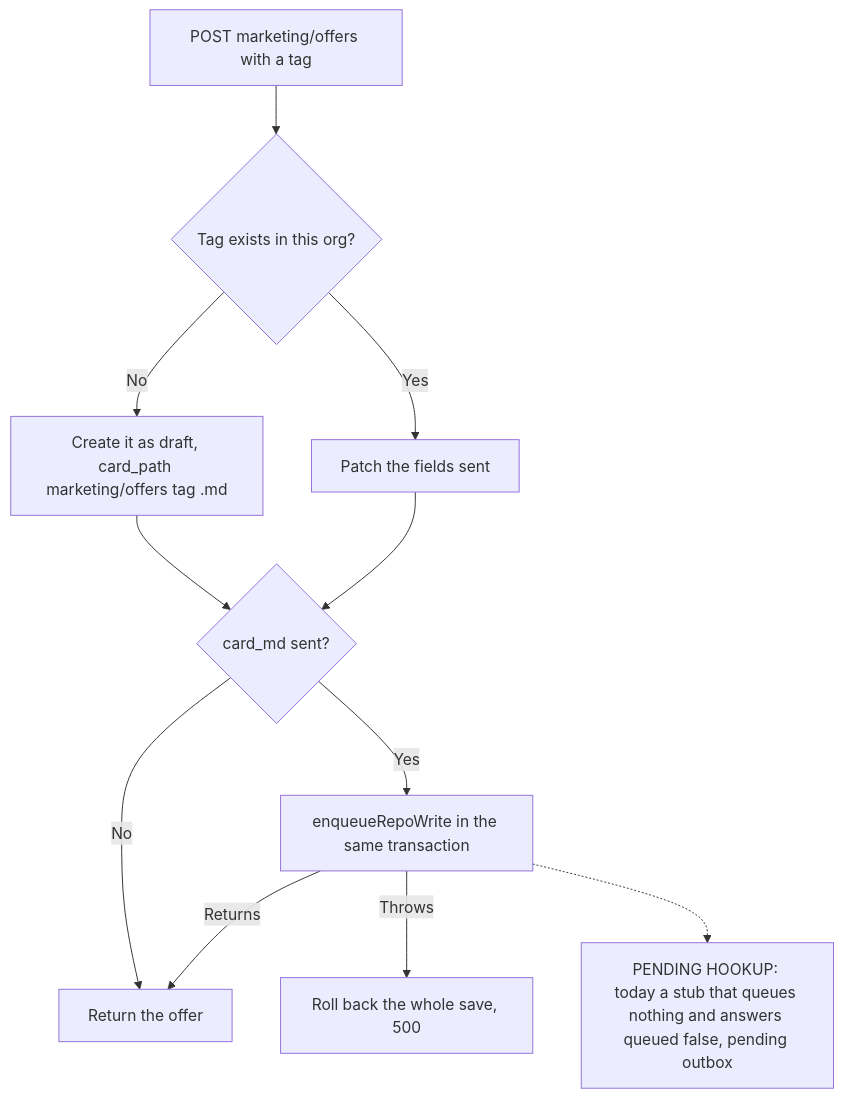
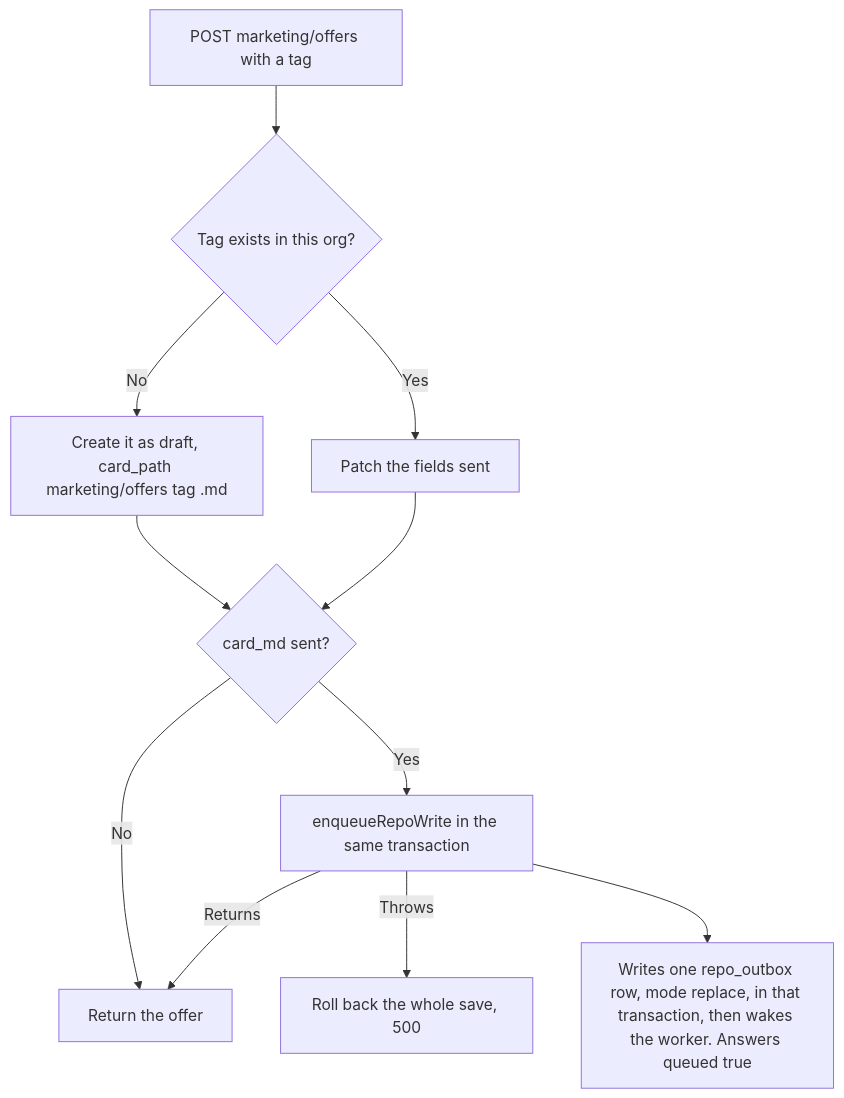
One commit to ZootimusMaximusSupreme/Fundhub_ai changed the third of 5 diagrams in docs/journeys/marketing-machine-flow.md. Above: the diagram before and after it, drawn with Mermaid. The commit also changed other lines of this file and 25 other files, not shown here.

````diff
--- a/docs/journeys/marketing-machine-flow.md
+++ b/docs/journeys/marketing-machine-flow.md
@@ -48,13 +48,13 @@
 ```mermaid
 flowchart TD
     A[POST marketing/offers with a tag] --> B{Tag exists in this org?}
     B -->|No| C[Create it as draft, card_path marketing/offers tag .md]
     B -->|Yes| D[Patch the fields sent]
     C --> E{card_md sent?}
     D --> E
     E -->|No| F[Return the offer]
     E -->|Yes| G[enqueueRepoWrite in the same transaction]
     G -->|Throws| H[Roll back the whole save, 500]
     G -->|Returns| F
-    G -.-> I[PENDING HOOKUP: today a stub that queues nothing and answers queued false, pending outbox]
+    G --> I[Writes one repo_outbox row, mode replace, in that transaction, then wakes the worker. Answers queued true]
 ```
````
